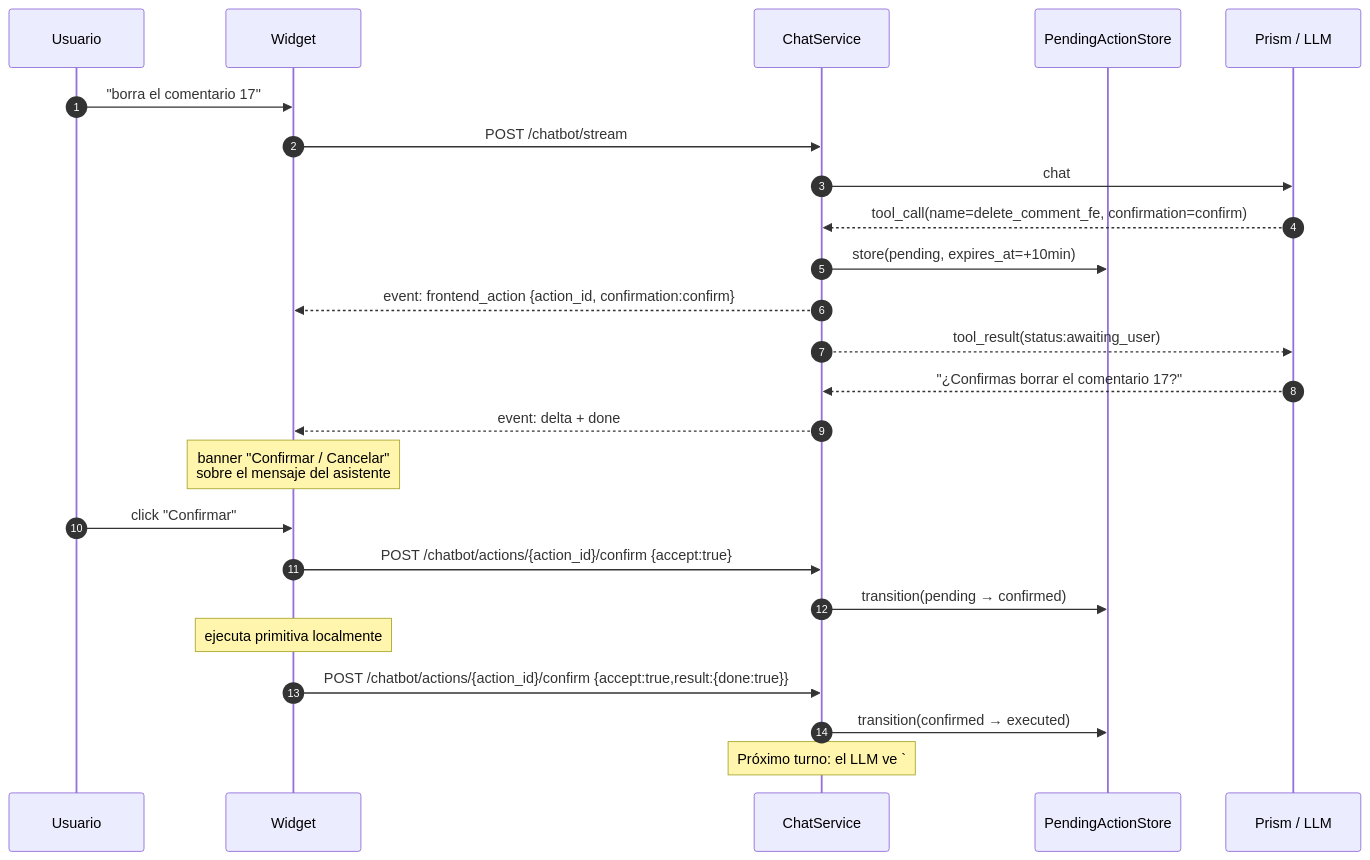
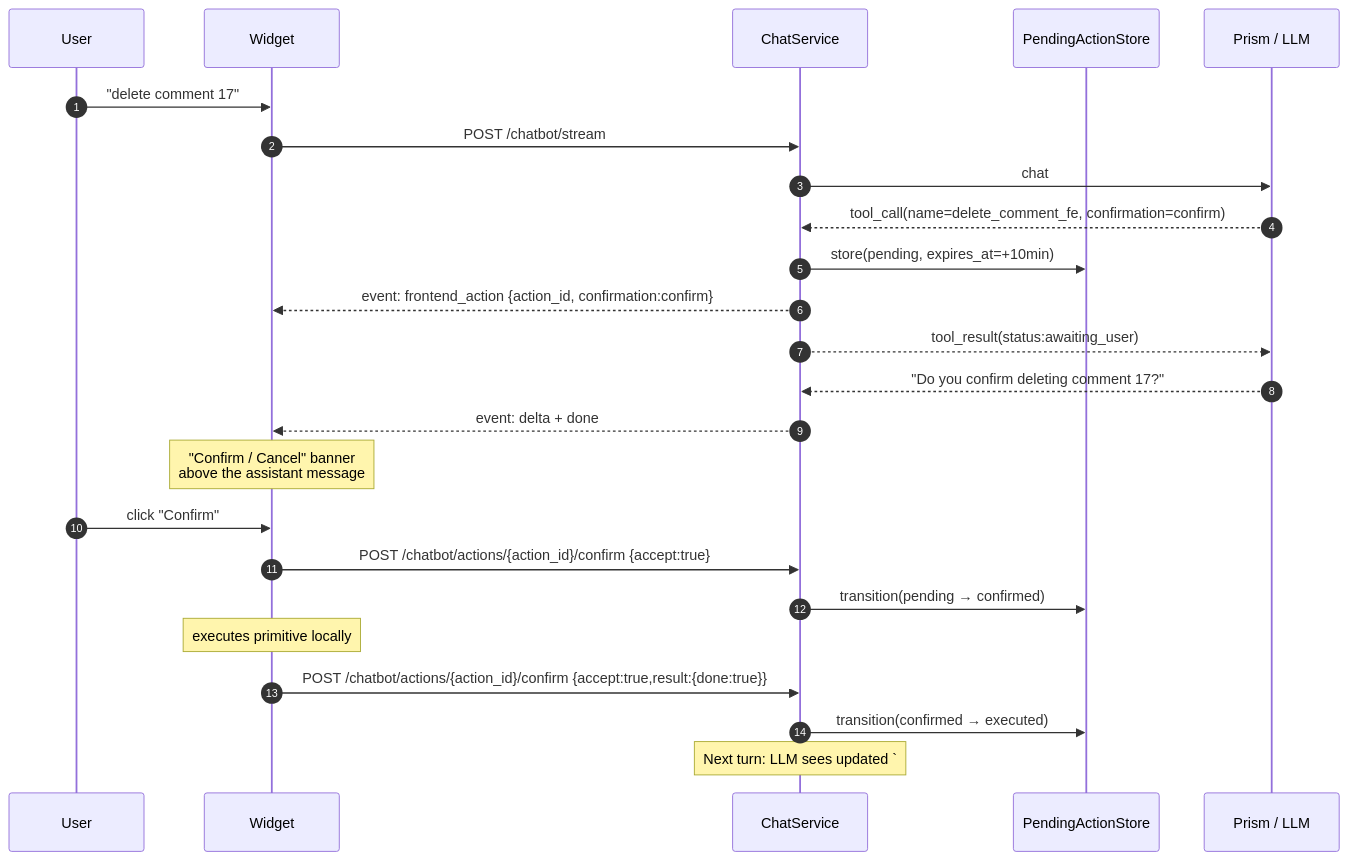
Before and after one commit to rnkr69/lara-chatbot: the fourth of 4 diagrams in docs/getting-started.md, drawn with Mermaid. The commit also changed other lines of this file and 42 other files, not shown here.

````diff
--- a/docs/getting-started.md
+++ b/docs/getting-started.md
@@ -346,26 +342,26 @@
 ```mermaid
 sequenceDiagram
     autonumber
-    participant U as Usuario
+    participant U as User
     participant W as Widget
     participant S as ChatService
     participant P as PendingActionStore
     participant L as Prism / LLM
-    U->>W: "borra el comentario 17"
+    U->>W: "delete comment 17"
     W->>S: POST /chatbot/stream
     S->>L: chat
     L-->>S: tool_call(name=delete_comment_fe, confirmation=confirm)
     S->>P: store(pending, expires_at=+10min)
     S-->>W: event: frontend_action {action_id, confirmation:confirm}
     S-->>L: tool_result(status:awaiting_user)
-    L-->>S: "¿Confirmas borrar el comentario 17?"
+    L-->>S: "Do you confirm deleting comment 17?"
     S-->>W: event: delta + done
-    Note over W: banner "Confirmar / Cancelar"<br/>sobre el mensaje del asistente
-    U->>W: click "Confirmar"
+    Note over W: "Confirm / Cancel" banner<br/>above the assistant message
+    U->>W: click "Confirm"
     W->>S: POST /chatbot/actions/{action_id}/confirm {accept:true}
     S->>P: transition(pending → confirmed)
-    Note over W: ejecuta primitiva localmente
+    Note over W: executes primitive locally
     W->>S: POST /chatbot/actions/{action_id}/confirm {accept:true,result:{done:true}}
     S->>P: transition(confirmed → executed)
-    Note over S: Próximo turno: el LLM ve `## Pending actions` actualizado
+    Note over S: Next turn: LLM sees updated `## Pending actions`
 ```
````
